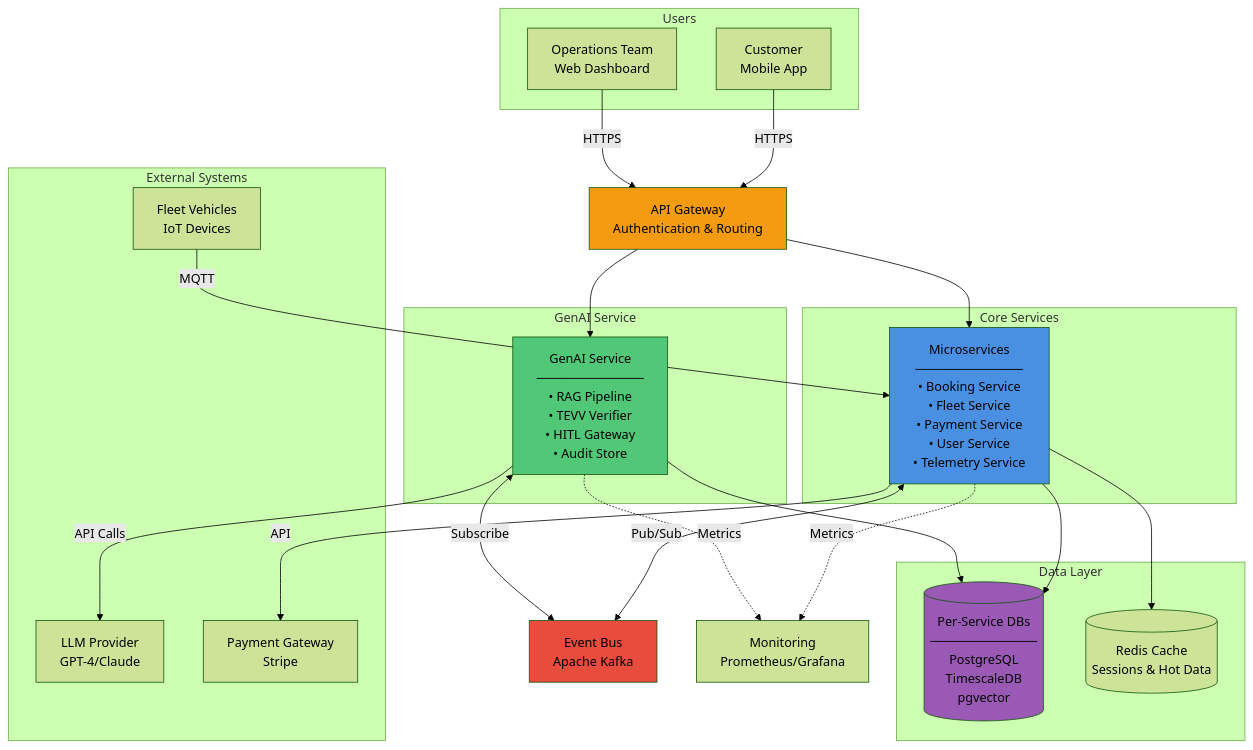
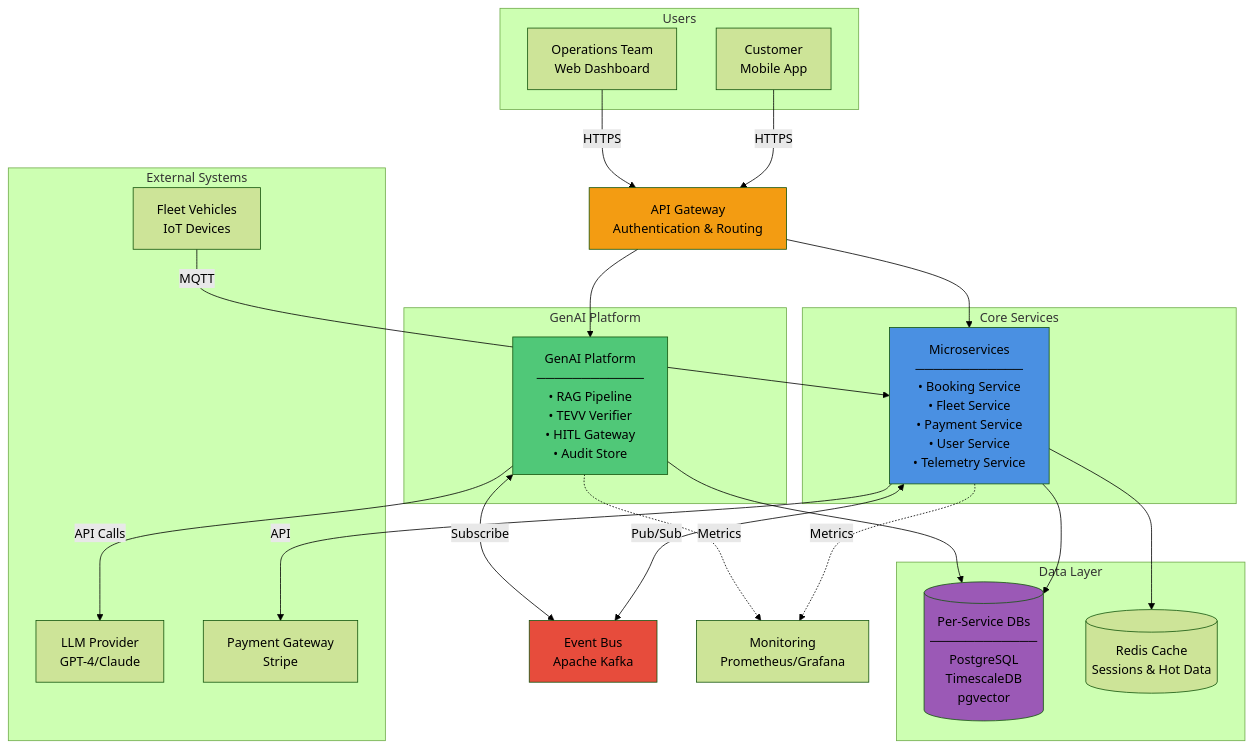
One commit to vanderleisilva/uncacheable changed the diagram in resources/diagrams/container/container-diagram.md. Above: the diagram before and after it, drawn with Mermaid (forest theme). The commit also changed other lines of this file and 10 other files, not shown here.

Commit message:
Update to GenAI Platform term

````diff
--- a/resources/diagrams/container/container-diagram.md
+++ b/resources/diagrams/container/container-diagram.md
@@ -44,57 +44,57 @@
 ```mermaid
 graph TB
     subgraph "Users"
         Customer[Customer<br/>Mobile App]
         OpsTeam[Operations Team<br/>Web Dashboard]
     end
 
     subgraph "External Systems"
         Vehicles[Fleet Vehicles<br/>IoT Devices]
         LLM[LLM Provider<br/>GPT-4/Claude]
         PaymentGW[Payment Gateway<br/>Stripe]
     end
 
     APIGateway[API Gateway<br/>Authentication & Routing]
 
     subgraph "Core Services"
         CoreServices["Microservices<br/>────────────<br/>• Booking Service<br/>• Fleet Service<br/>• Payment Service<br/>• User Service<br/>• Telemetry Service"]
     end
 
-    subgraph "GenAI Service"
-        GenAI["GenAI Service<br/>────────────<br/>• RAG Pipeline<br/>• TEVV Verifier<br/>• HITL Gateway<br/>• Audit Store"]
+    subgraph "GenAI Platform"
+        GenAI["GenAI Platform<br/>────────────<br/>• RAG Pipeline<br/>• TEVV Verifier<br/>• HITL Gateway<br/>• Audit Store"]
     end
 
     EventBus[Event Bus<br/>Apache Kafka]
 
     subgraph "Data Layer"
         Databases[("Per-Service DBs<br/>────────────<br/>PostgreSQL<br/>TimescaleDB<br/>pgvector")]
         Cache[("Redis Cache<br/>Sessions & Hot Data")]
     end
 
     Monitoring[Monitoring<br/>Prometheus/Grafana]
 
     Customer -->|HTTPS| APIGateway
     OpsTeam -->|HTTPS| APIGateway
     Vehicles -->|MQTT| CoreServices
 
     APIGateway --> CoreServices
     APIGateway --> GenAI
 
     CoreServices <-->|Pub/Sub| EventBus
     GenAI <-->|Subscribe| EventBus
     GenAI -->|API Calls| LLM
     CoreServices -->|API| PaymentGW
 
     CoreServices --> Databases
     CoreServices --> Cache
     GenAI --> Databases
 
     CoreServices -.->|Metrics| Monitoring
     GenAI -.->|Metrics| Monitoring
 
     style GenAI fill:#50C878
     style CoreServices fill:#4A90E2
     style Databases fill:#9B59B6
     style APIGateway fill:#F39C12
     style EventBus fill:#E74C3C
 ```
````
